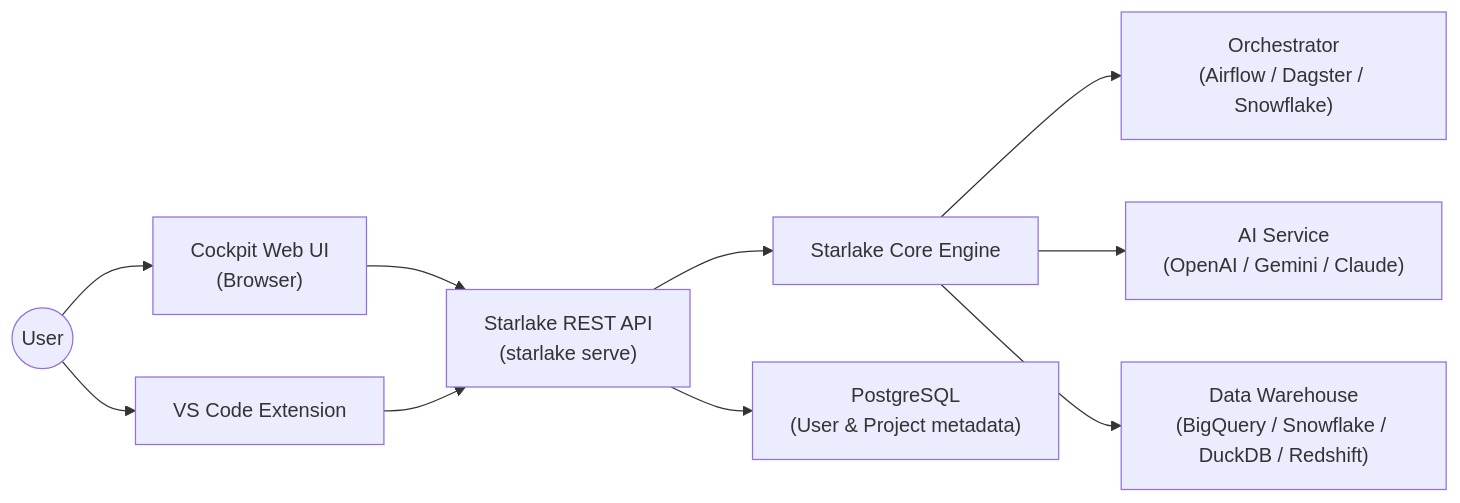
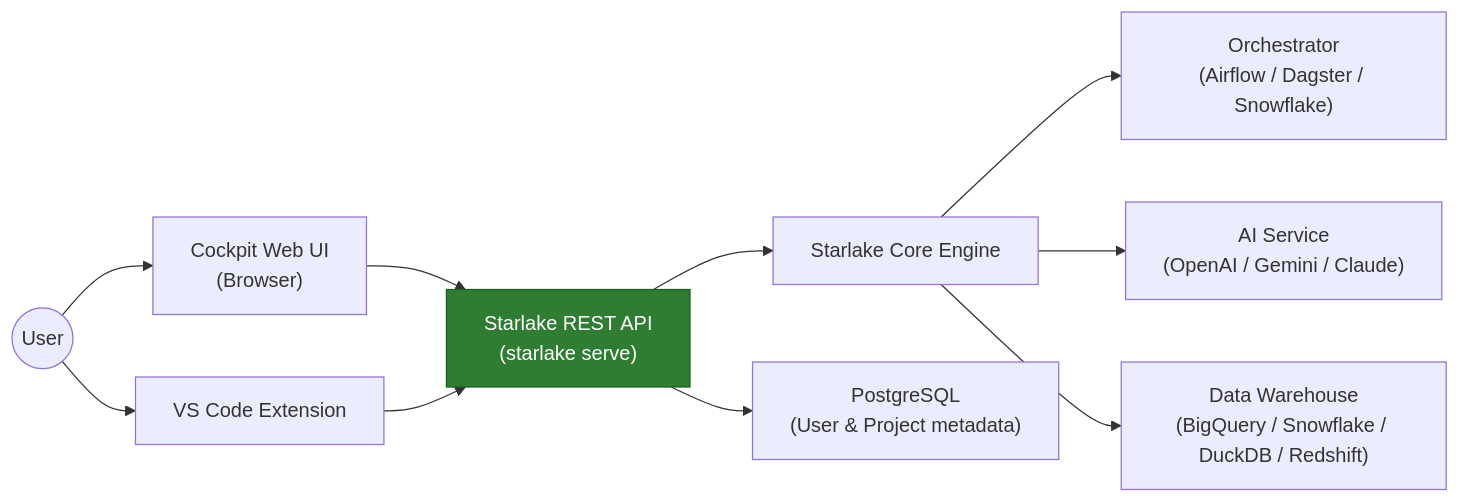
One commit to starlake-ai/starlake-docs changed the diagram in docs/0600-cockpit/0100-overview.mdx. Above: the diagram before and after it, drawn with Mermaid.

Commit message:
Highlight REST API node in architecture diagram

````diff
--- a/docs/0600-cockpit/0100-overview.mdx
+++ b/docs/0600-cockpit/0100-overview.mdx
@@ -45,17 +45,19 @@
 ```mermaid
 graph LR
     User((User))
 
     User --> WebUI["Cockpit Web UI<br/>(Browser)"]
     User --> VSCode["VS Code Extension"]
 
     WebUI --> API["Starlake REST API<br/>(starlake serve)"]
     VSCode --> API
 
     API --> Core["Starlake Core Engine"]
     API --> DB["PostgreSQL<br/>(User & Project metadata)"]
 
     Core --> Orchestrator["Orchestrator<br/>(Airflow / Dagster / Snowflake)"]
     Core --> AI["AI Service<br/>(OpenAI / Gemini / Claude)"]
     Core --> DataWarehouse["Data Warehouse<br/>(BigQuery / Snowflake / DuckDB / Redshift)"]
+
+    style API fill:#2e7d32,stroke:#1b5e20,color:#fff
 ```
````
